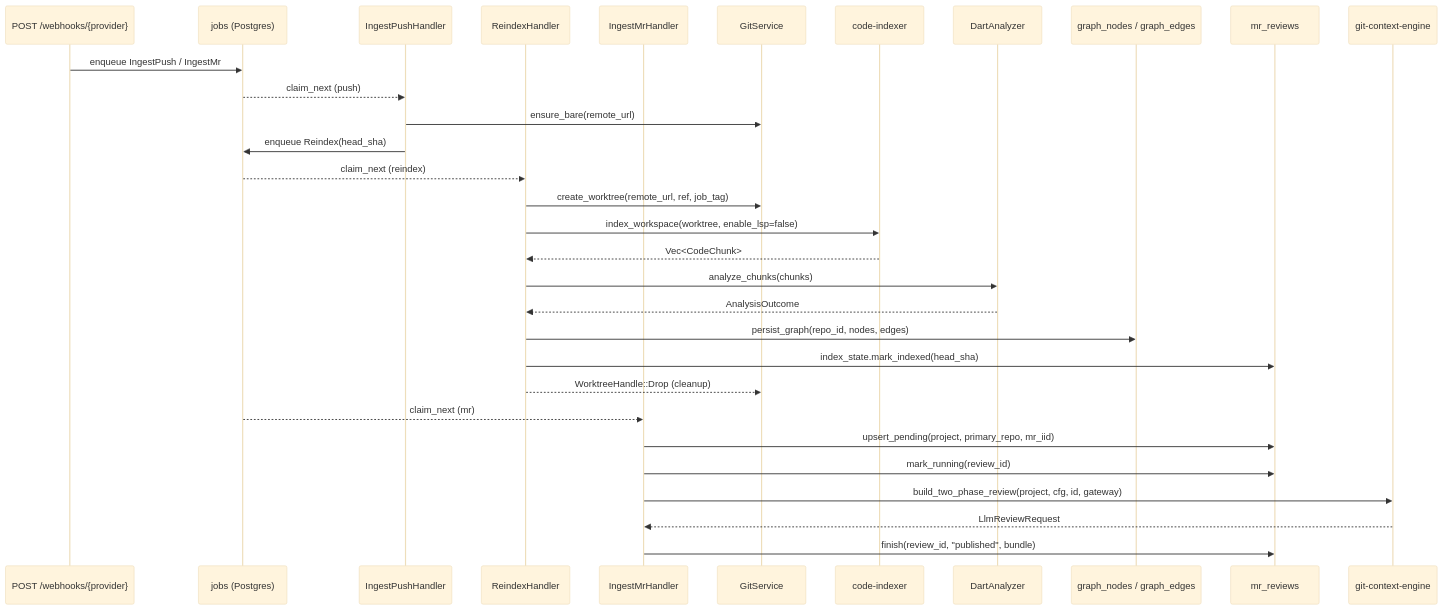
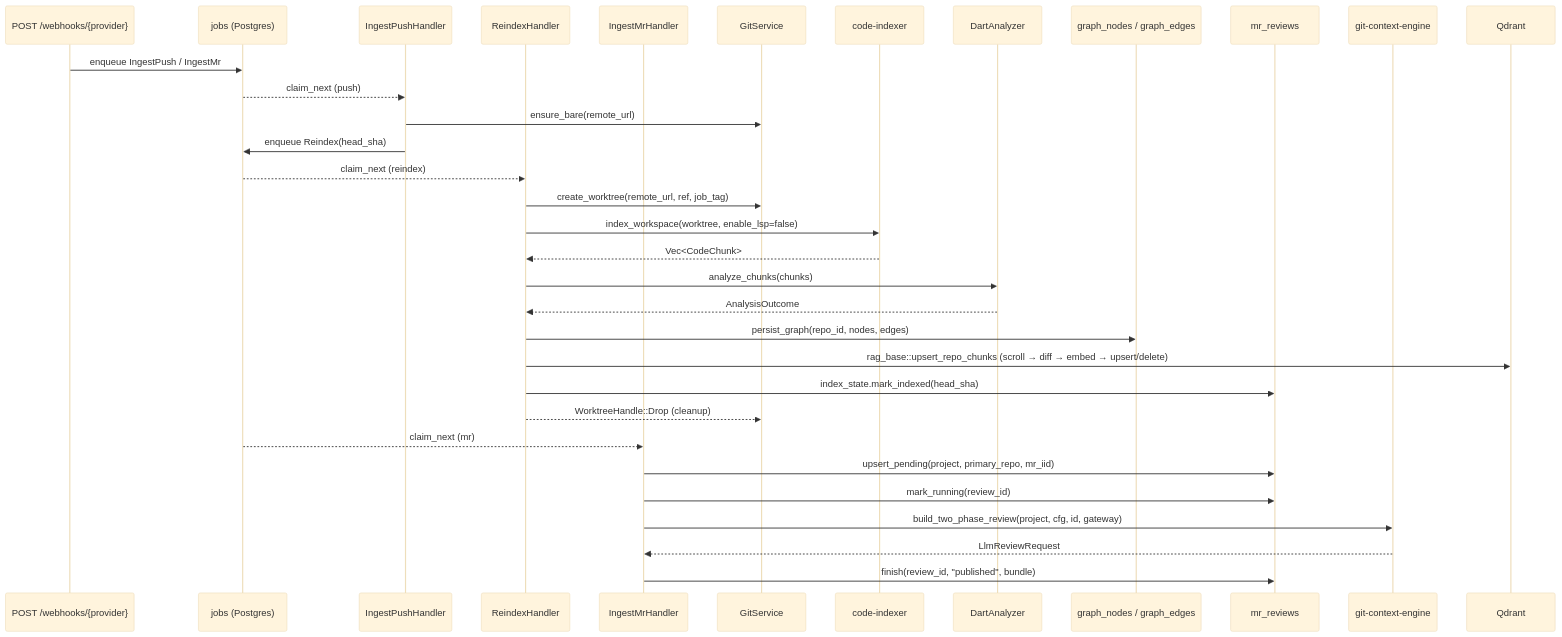
One commit to robotoss/mr-ai changed the diagram in mr-ai-backend/docs/services/review-pipeline.md. Above: the diagram before and after it, drawn with Mermaid (base theme). The commit also changed other lines of this file and 17 other files, not shown here.

````diff
--- a/mr-ai-backend/docs/services/review-pipeline.md
+++ b/mr-ai-backend/docs/services/review-pipeline.md
@@ -13,35 +13,36 @@
 ```mermaid
 sequenceDiagram
     participant Webhook as POST /webhooks/{provider}
     participant Queue as jobs (Postgres)
     participant Push as IngestPushHandler
     participant Re as ReindexHandler
     participant Mr as IngestMrHandler
     participant Git as GitService
     participant Indexer as code-indexer
     participant Analyzer as DartAnalyzer
     participant Graph as graph_nodes / graph_edges
     participant Reviews as mr_reviews
     participant Engine as git-context-engine
 
     Webhook->>Queue: enqueue IngestPush / IngestMr
     Queue-->>Push: claim_next (push)
     Push->>Git: ensure_bare(remote_url)
     Push->>Queue: enqueue Reindex(head_sha)
     Queue-->>Re: claim_next (reindex)
     Re->>Git: create_worktree(remote_url, ref, job_tag)
     Re->>Indexer: index_workspace(worktree, enable_lsp=false)
     Indexer-->>Re: Vec<CodeChunk>
     Re->>Analyzer: analyze_chunks(chunks)
     Analyzer-->>Re: AnalysisOutcome
     Re->>Graph: persist_graph(repo_id, nodes, edges)
+    Re->>Qdrant: rag_base::upsert_repo_chunks (scroll → diff → embed → upsert/delete)
     Re->>Reviews: index_state.mark_indexed(head_sha)
     Re-->>Git: WorktreeHandle::Drop (cleanup)
 
     Queue-->>Mr: claim_next (mr)
     Mr->>Reviews: upsert_pending(project, primary_repo, mr_iid)
     Mr->>Reviews: mark_running(review_id)
     Mr->>Engine: build_two_phase_review(project, cfg, id, gateway)
     Engine-->>Mr: LlmReviewRequest
     Mr->>Reviews: finish(review_id, "published", bundle)
 ```
````
